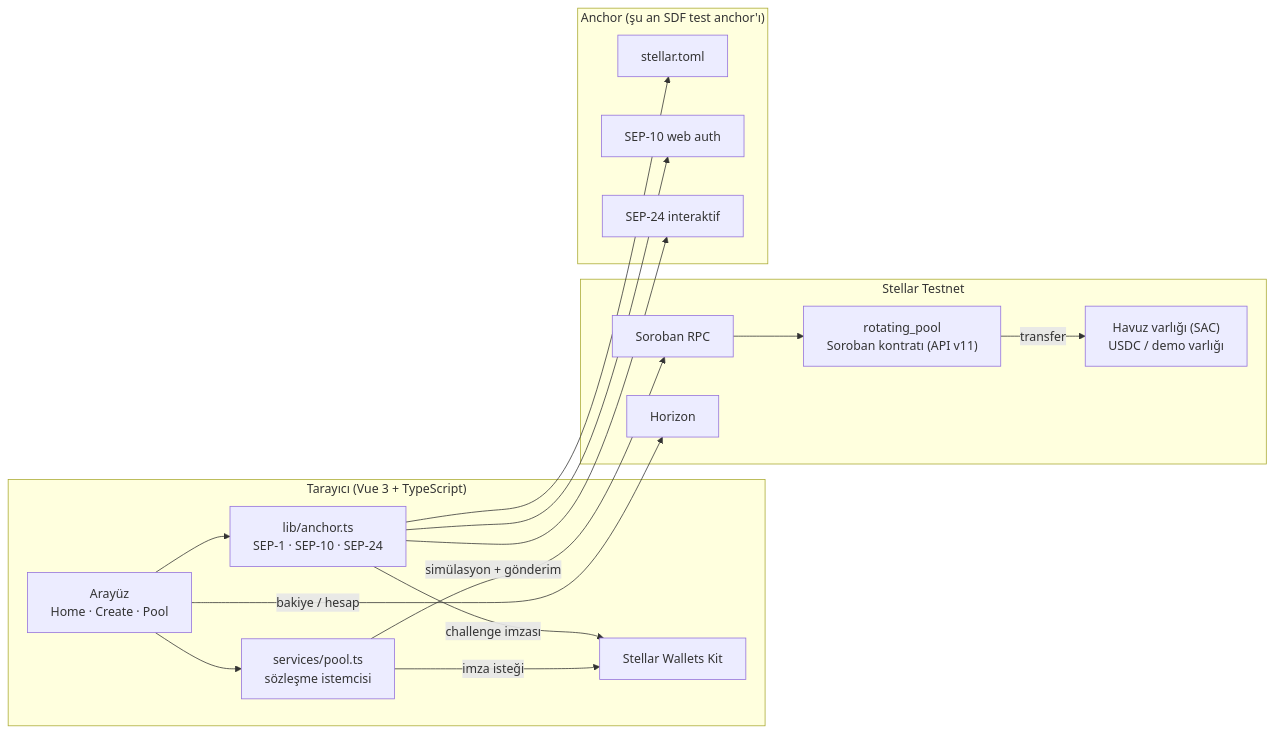
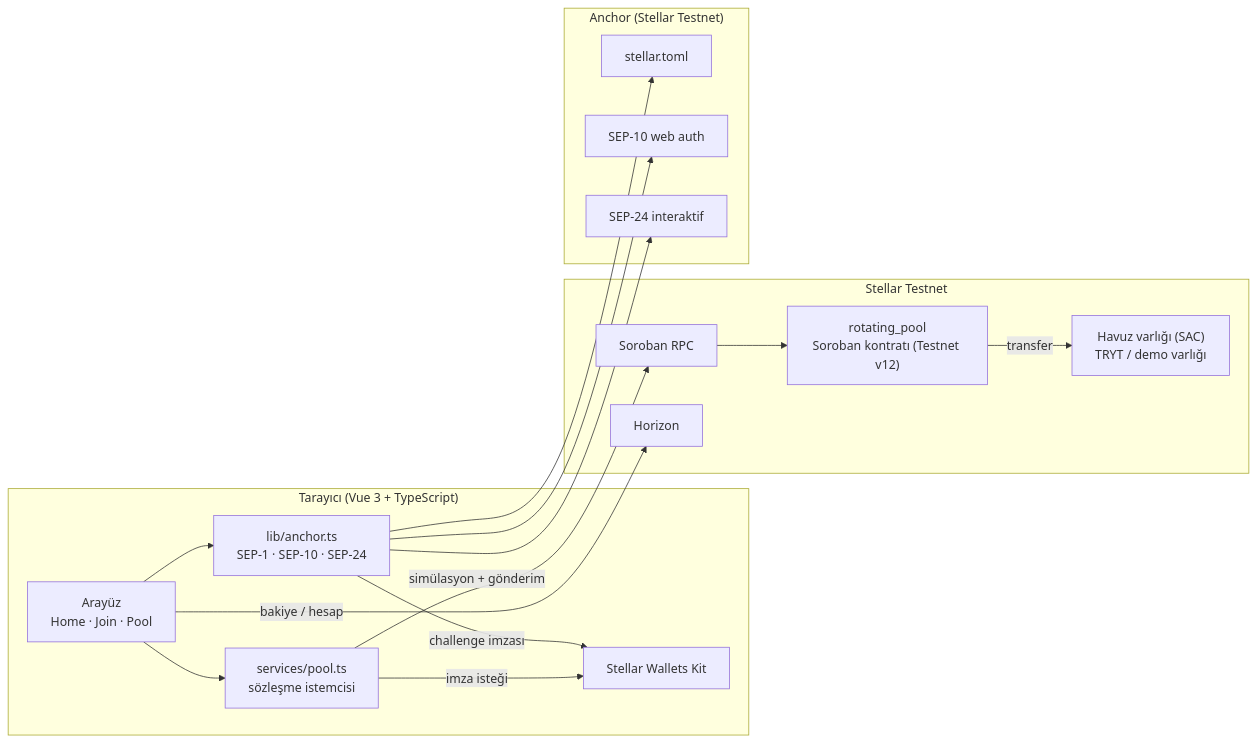
The first of 5 diagrams in docs/architecture/architecture.md (yusufarslan44/Stellerpool), drawn with Mermaid before and after one commit. The commit also changed other lines of this file and 56 other files, not shown here.

```diff
--- a/docs/architecture/architecture.md
+++ b/docs/architecture/architecture.md
@@ -7,31 +7,31 @@
 ~~~mermaid
 flowchart LR
   subgraph Browser["Tarayıcı (Vue 3 + TypeScript)"]
-    UI["Arayüz<br/>Home · Create · Pool"]
+    UI["Arayüz<br/>Home · Join · Pool"]
     SVC["services/pool.ts<br/>sözleşme istemcisi"]
     ANC["lib/anchor.ts<br/>SEP-1 · SEP-10 · SEP-24"]
     WK["Stellar Wallets Kit"]
   end
   subgraph Stellar["Stellar Testnet"]
     RPC["Soroban RPC"]
-    POOL["rotating_pool<br/>Soroban kontratı (API v11)"]
-    SAC["Havuz varlığı (SAC)<br/>USDC / demo varlığı"]
+    POOL["rotating_pool<br/>Soroban kontratı (Testnet v12)"]
+    SAC["Havuz varlığı (SAC)<br/>TRYT / demo varlığı"]
     HZ["Horizon"]
   end
-  subgraph Anchor["Anchor (şu an SDF test anchor'ı)"]
+  subgraph Anchor["Anchor (Stellar Testnet)"]
     TOML["stellar.toml"]
     AUTH["SEP-10 web auth"]
     S24["SEP-24 interaktif"]
   end
   UI --> SVC
   UI --> ANC
   SVC -->|"simülasyon + gönderim"| RPC
   RPC --> POOL
   POOL -->|"transfer"| SAC
   SVC -->|"imza isteği"| WK
   ANC -->|"challenge imzası"| WK
   ANC --> TOML
   ANC --> AUTH
   ANC --> S24
   UI -->|"bakiye / hesap"| HZ
 ~~~
```
